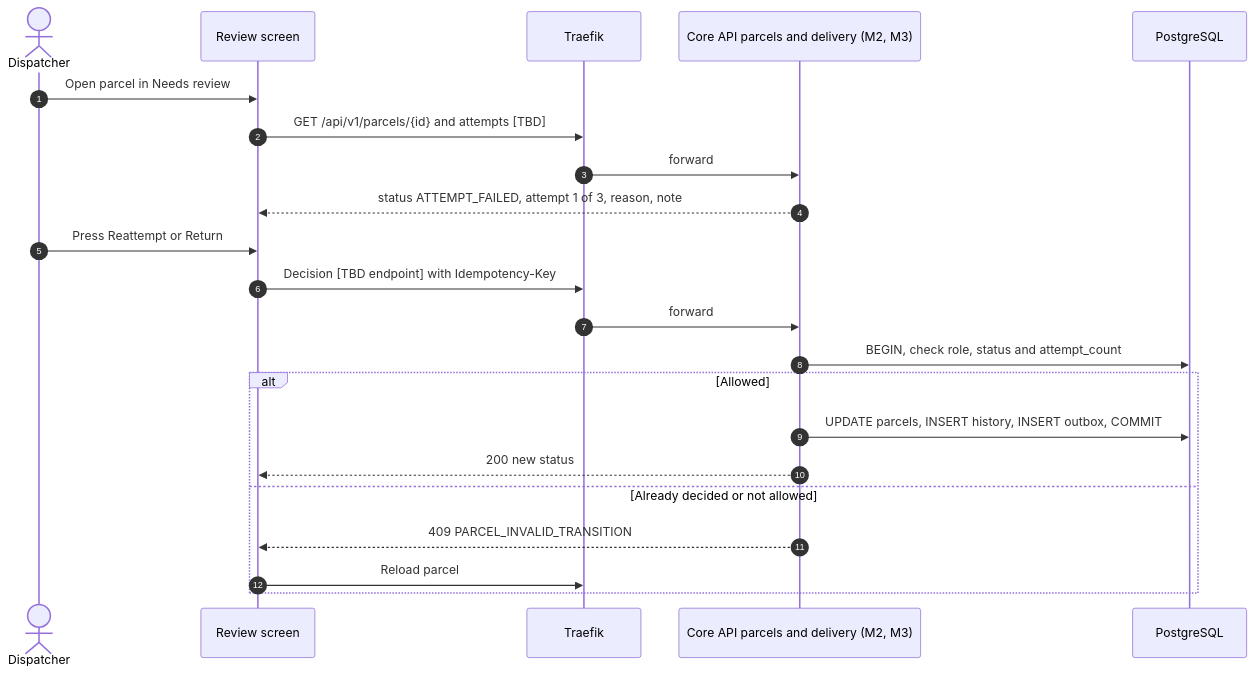
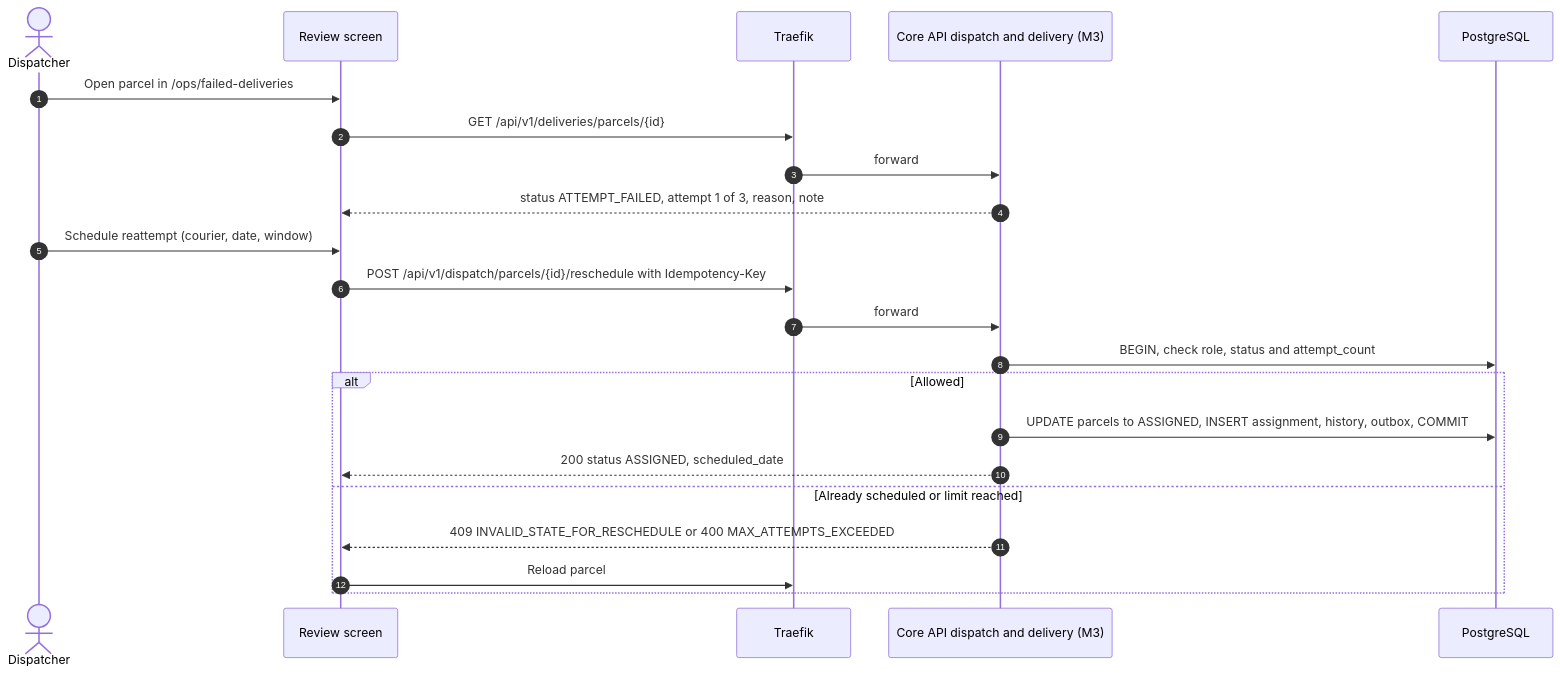
Diagram 21 of 55 in docs/drafts/member-07-dispatcher-admin-web-gateway/doc-02-functional-flows-and-business-rules.md (phantomTroupeEAD/SwiftDrop), drawn with Mermaid before and after one commit. The commit also changed other lines of this file and 125 other files, not shown here.

````diff
--- a/docs/drafts/member-07-dispatcher-admin-web-gateway/doc-02-functional-flows-and-business-rules.md
+++ b/docs/drafts/member-07-dispatcher-admin-web-gateway/doc-02-functional-flows-and-business-rules.md
@@ -677,24 +672,24 @@
 ```mermaid
 sequenceDiagram
     autonumber
     actor D as Dispatcher
     participant UI as Review screen
     participant GW as Traefik
-    participant CORE as Core API parcels and delivery (M2, M3)
+    participant M3 as Core API dispatch and delivery (M3)
     participant DB as PostgreSQL
-    D->>UI: Open parcel in Needs review
-    UI->>GW: GET /api/v1/parcels/{id} and attempts [TBD]
-    GW->>CORE: forward
-    CORE-->>UI: status ATTEMPT_FAILED, attempt 1 of 3, reason, note
-    D->>UI: Press Reattempt or Return
-    UI->>GW: Decision [TBD endpoint] with Idempotency-Key
-    GW->>CORE: forward
-    CORE->>DB: BEGIN, check role, status and attempt_count
+    D->>UI: Open parcel in /ops/failed-deliveries
+    UI->>GW: GET /api/v1/deliveries/parcels/{id}
+    GW->>M3: forward
+    M3-->>UI: status ATTEMPT_FAILED, attempt 1 of 3, reason, note
+    D->>UI: Schedule reattempt (courier, date, window)
+    UI->>GW: POST /api/v1/dispatch/parcels/{id}/reschedule with Idempotency-Key
+    GW->>M3: forward
+    M3->>DB: BEGIN, check role, status and attempt_count
     alt Allowed
-        CORE->>DB: UPDATE parcels, INSERT history, INSERT outbox, COMMIT
-        CORE-->>UI: 200 new status
-    else Already decided or not allowed
-        CORE-->>UI: 409 PARCEL_INVALID_TRANSITION
+        M3->>DB: UPDATE parcels to ASSIGNED, INSERT assignment, history, outbox, COMMIT
+        M3-->>UI: 200 status ASSIGNED, scheduled_date
+    else Already scheduled or limit reached
+        M3-->>UI: 409 INVALID_STATE_FOR_RESCHEDULE or 400 MAX_ATTEMPTS_EXCEEDED
         UI->>GW: Reload parcel
     end
 ```
````
